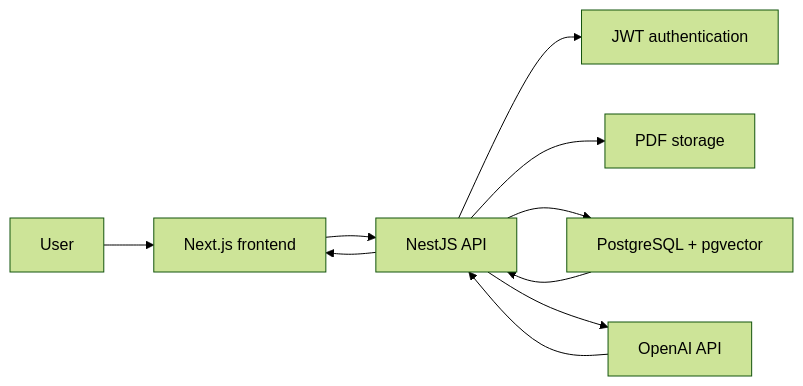
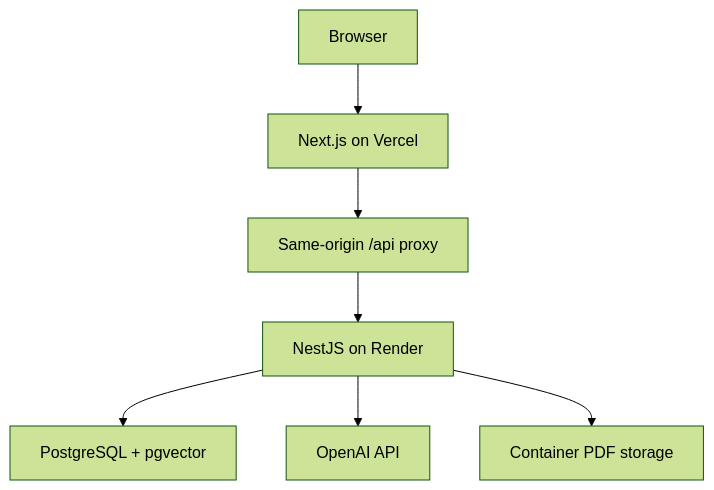
Before and after one commit to AraMatevosyan/ai-klowledge-base: the first of 4 diagrams in README.md, drawn with Mermaid (forest theme). The commit also changed other lines of this file, not shown here.

````diff
--- a/README.md
+++ b/README.md
@@ -138,12 +194,10 @@
 ```mermaid
-flowchart LR
-    User["User"] --> Web["Next.js frontend"]
-    Web --> API["NestJS API"]
-    API --> Auth["JWT authentication"]
-    API --> Storage["PDF storage"]
-    API --> Database["PostgreSQL + pgvector"]
-    API --> OpenAI["OpenAI API"]
-    Database --> API
-    OpenAI --> API
-    API --> Web
+flowchart TD
+    Browser["Browser"] --> Frontend["Next.js on Vercel"]
+    Frontend --> Proxy["Same-origin /api proxy"]
+    Proxy --> Backend["NestJS on Render"]
+
+    Backend --> Database["PostgreSQL + pgvector"]
+    Backend --> OpenAI["OpenAI API"]
+    Backend --> Storage["Container PDF storage"]
 ```
````
